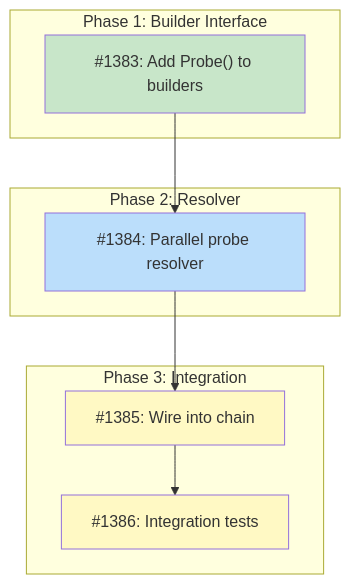
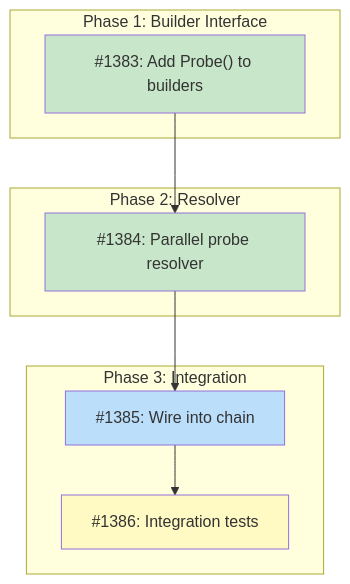
The diagram in docs/designs/DESIGN-ecosystem-probe.md (tsukumogami/tsuku), drawn with Mermaid before and after one commit. The commit also changed other lines of this file, not shown here.

Commit message:
docs(design): mark #1384 done in ecosystem probe design doc

````diff
--- a/docs/designs/DESIGN-ecosystem-probe.md
+++ b/docs/designs/DESIGN-ecosystem-probe.md
@@ -34,28 +34,29 @@
 ```mermaid
 graph TD
     subgraph Phase1["Phase 1: Builder Interface"]
         I1383["#1383: Add Probe() to builders"]
     end
 
     subgraph Phase2["Phase 2: Resolver"]
         I1384["#1384: Parallel probe resolver"]
     end
 
     subgraph Phase3["Phase 3: Integration"]
         I1385["#1385: Wire into chain"]
         I1386["#1386: Integration tests"]
     end
 
     I1383 --> I1384
     I1384 --> I1385
     I1385 --> I1386
 
     classDef done fill:#c8e6c9
     classDef ready fill:#bbdefb
     classDef blocked fill:#fff9c4
     classDef needsDesign fill:#e1bee7
 
     class I1383 done
-    class I1384 ready
-    class I1385,I1386 blocked
+    class I1384 done
+    class I1385 ready
+    class I1386 blocked
 ```
````
